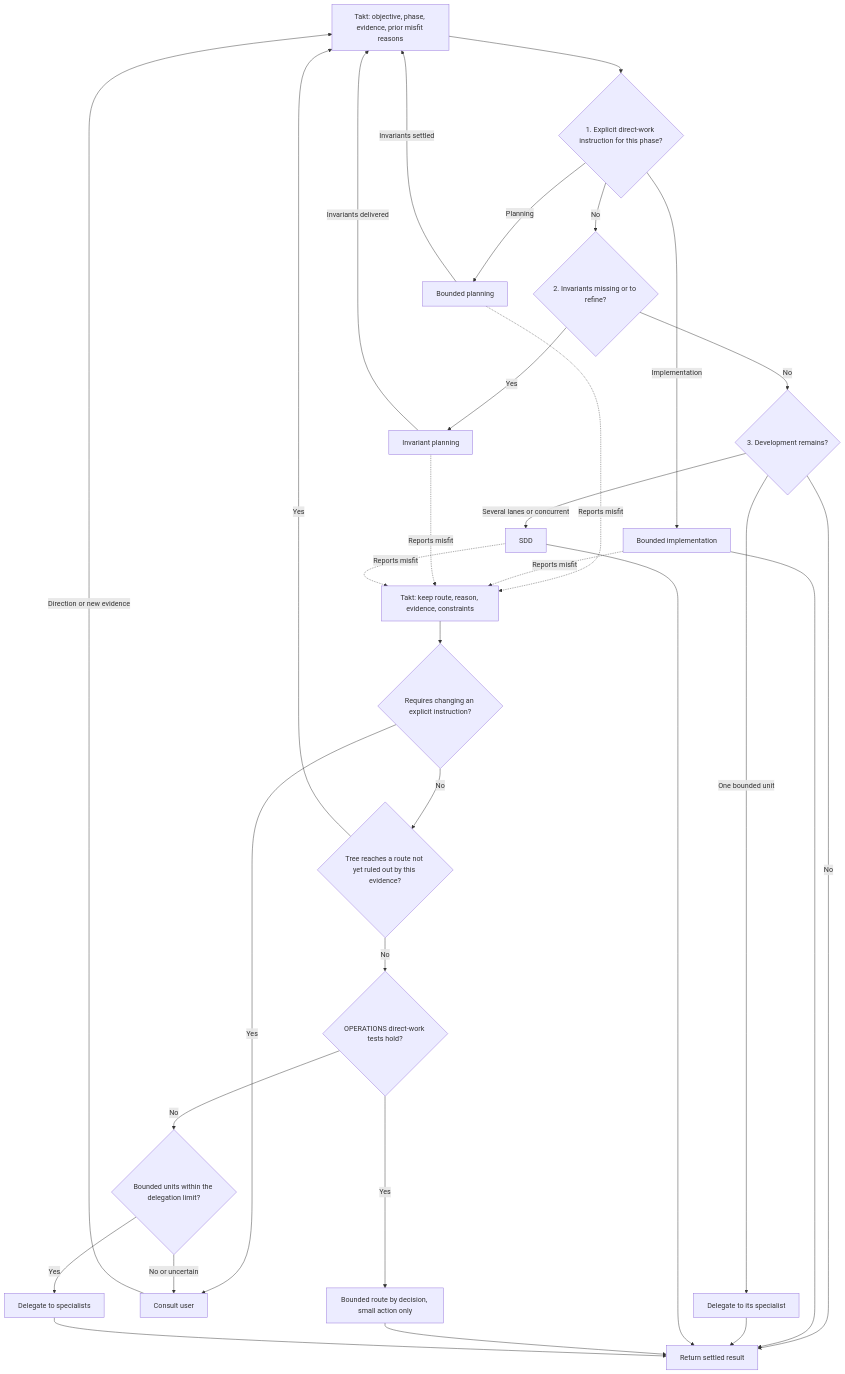
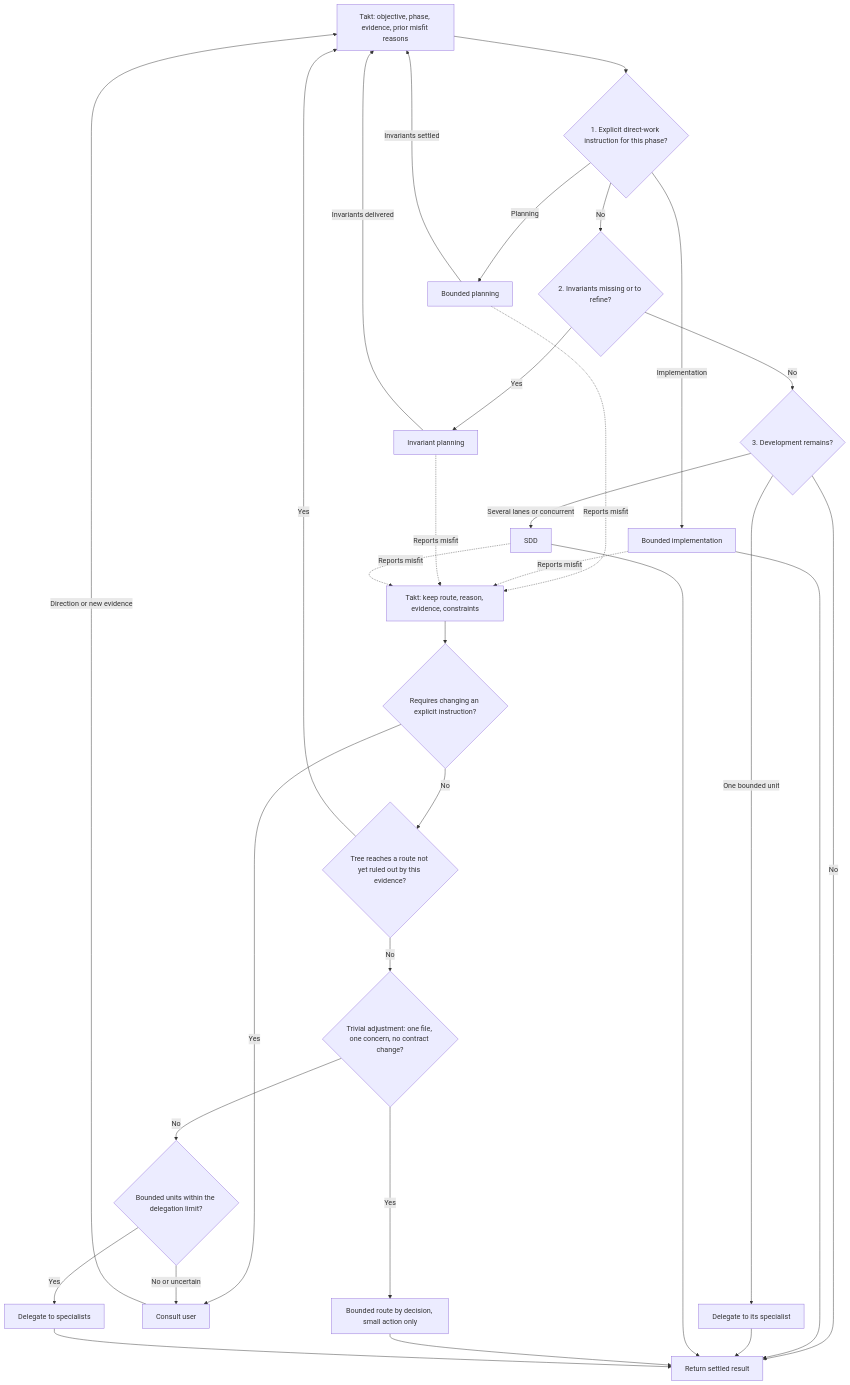
The diagram in product/meta-harness/orchestration/WORKFLOW_SELECTION.md (rou-cru/takt-ai), drawn with Mermaid before and after one commit. The commit also changed other lines of this file and 62 other files, not shown here.

````diff
--- a/product/meta-harness/orchestration/WORKFLOW_SELECTION.md
+++ b/product/meta-harness/orchestration/WORKFLOW_SELECTION.md
@@ -33,36 +33,36 @@
 ```mermaid
 flowchart TD
     Start["Takt: objective, phase, evidence, prior misfit reasons"] --> Order{"1. Explicit direct-work instruction for this phase?"}
     Order -->|Planning| BP["Bounded planning"]
     Order -->|Implementation| BW["Bounded implementation"]
     Order -->|No| Gaps{"2. Invariants missing or to refine?"}
     Gaps -->|Yes| IP["Invariant planning"]
     Gaps -->|No| Dev{"3. Development remains?"}
     Dev -->|One bounded unit| Unit["Delegate to its specialist"]
     Dev -->|Several lanes or concurrent| SDD["SDD"]
     Dev -->|No| Complete["Return settled result"]
 
     IP -->|Invariants delivered| Start
     BP -->|Invariants settled| Start
     BW --> Complete
     Unit --> Complete
     SDD --> Complete
 
     BP -.->|Reports misfit| Return
     BW -.->|Reports misfit| Return
     IP -.->|Reports misfit| Return
     SDD -.->|Reports misfit| Return
 
     Return["Takt: keep route, reason, evidence, constraints"] --> Conflict{"Requires changing an explicit instruction?"}
     Conflict -->|Yes| Ask["Consult user"]
     Conflict -->|No| Fresh{"Tree reaches a route not yet ruled out by this evidence?"}
     Fresh -->|Yes| Start
-    Fresh -->|No| Trivial{"OPERATIONS direct-work tests hold?"}
+    Fresh -->|No| Trivial{"Trivial adjustment: one file, one concern, no contract change?"}
     Trivial -->|Yes| Direct["Bounded route by decision, small action only"]
     Trivial -->|No| Light{"Bounded units within the delegation limit?"}
     Light -->|Yes| Specialists["Delegate to specialists"]
     Light -->|No or uncertain| Ask
     Ask -->|Direction or new evidence| Start
     Direct --> Complete
     Specialists --> Complete
 ```
````
